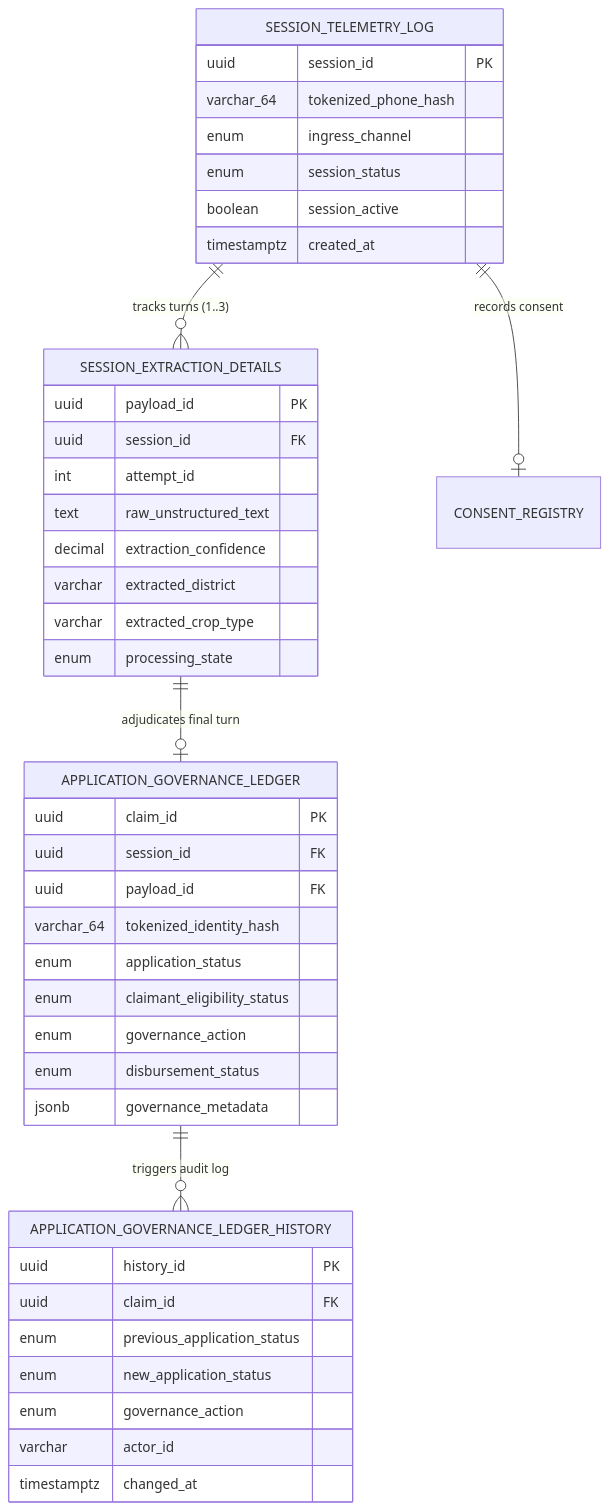
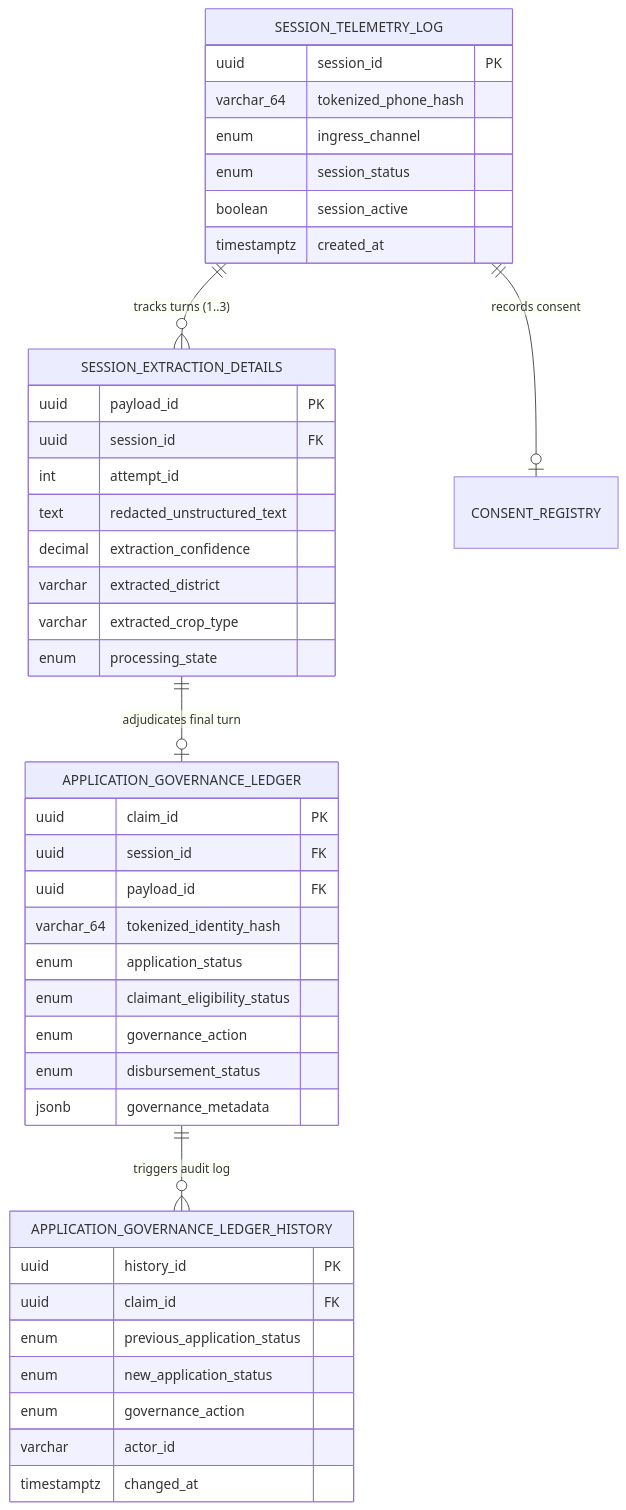
The first of 2 diagrams in decisions/step4.5_database_persistence_and_analytical_deduplication.md (gargmishu/agristack-dbt-core), drawn with Mermaid before and after one commit. The commit also changed other lines of this file and 3 other files, not shown here.

````diff
--- a/decisions/step4.5_database_persistence_and_analytical_deduplication.md
+++ b/decisions/step4.5_database_persistence_and_analytical_deduplication.md
@@ -54,49 +56,49 @@
 ```mermaid
 erDiagram
     SESSION_TELEMETRY_LOG ||--o{ SESSION_EXTRACTION_DETAILS : "tracks turns (1..3)"
     SESSION_TELEMETRY_LOG ||--o| CONSENT_REGISTRY : "records consent"
     SESSION_EXTRACTION_DETAILS ||--o| APPLICATION_GOVERNANCE_LEDGER : "adjudicates final turn"
     APPLICATION_GOVERNANCE_LEDGER ||--o{ APPLICATION_GOVERNANCE_LEDGER_HISTORY : "triggers audit log"
 
     SESSION_TELEMETRY_LOG {
         uuid session_id PK
         varchar_64 tokenized_phone_hash
         enum ingress_channel
         enum session_status
         boolean session_active
         timestamptz created_at
     }
 
     SESSION_EXTRACTION_DETAILS {
         uuid payload_id PK
         uuid session_id FK
         int attempt_id
-        text raw_unstructured_text
+        text redacted_unstructured_text
         decimal extraction_confidence
         varchar extracted_district
         varchar extracted_crop_type
         enum processing_state
     }
 
     APPLICATION_GOVERNANCE_LEDGER {
         uuid claim_id PK
         uuid session_id FK
         uuid payload_id FK
         varchar_64 tokenized_identity_hash
         enum application_status
         enum claimant_eligibility_status
         enum governance_action
         enum disbursement_status
         jsonb governance_metadata
     }
 
     APPLICATION_GOVERNANCE_LEDGER_HISTORY {
         uuid history_id PK
         uuid claim_id FK
         enum previous_application_status
         enum new_application_status
         enum governance_action
         varchar actor_id
         timestamptz changed_at
     }
 ```
````
